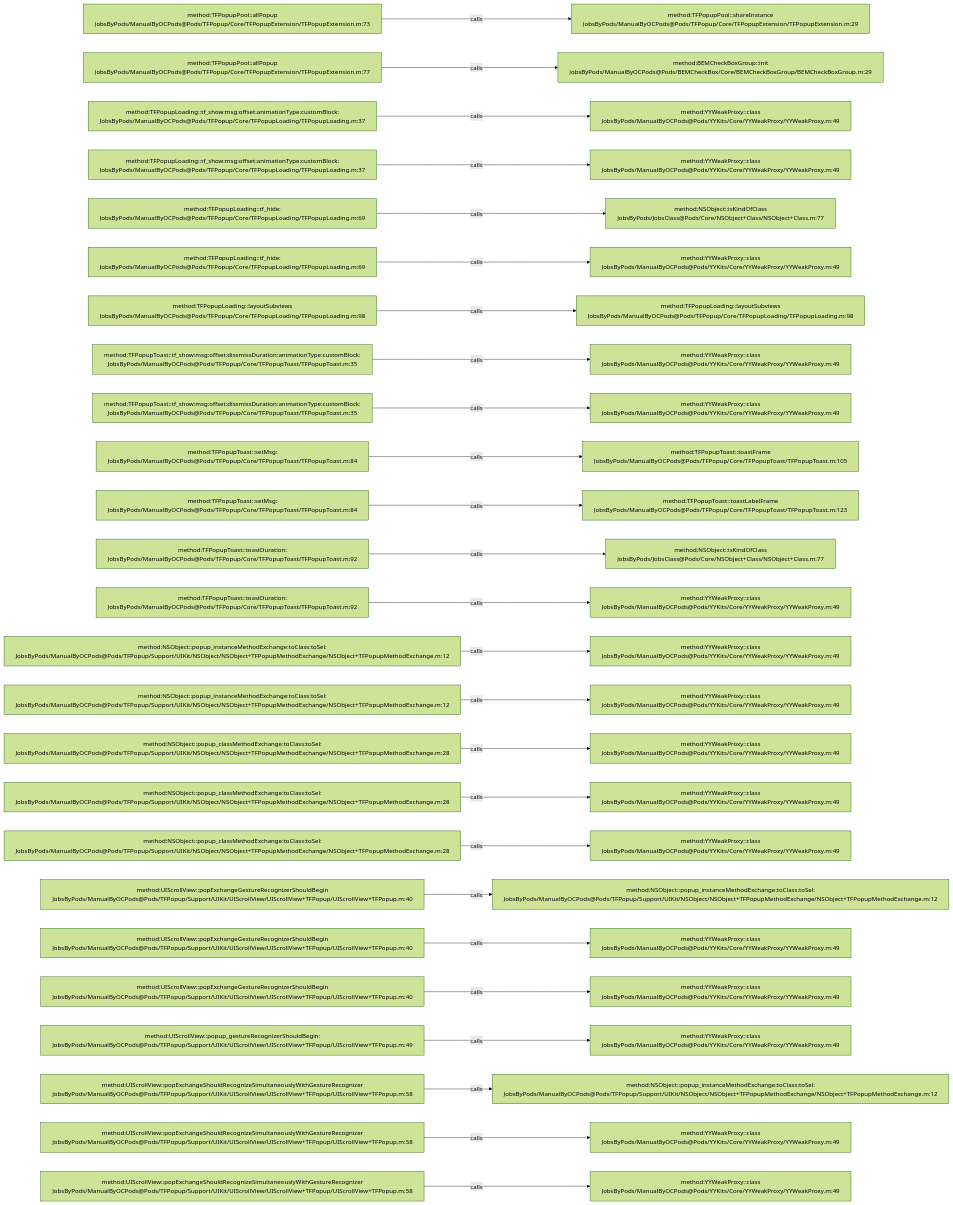
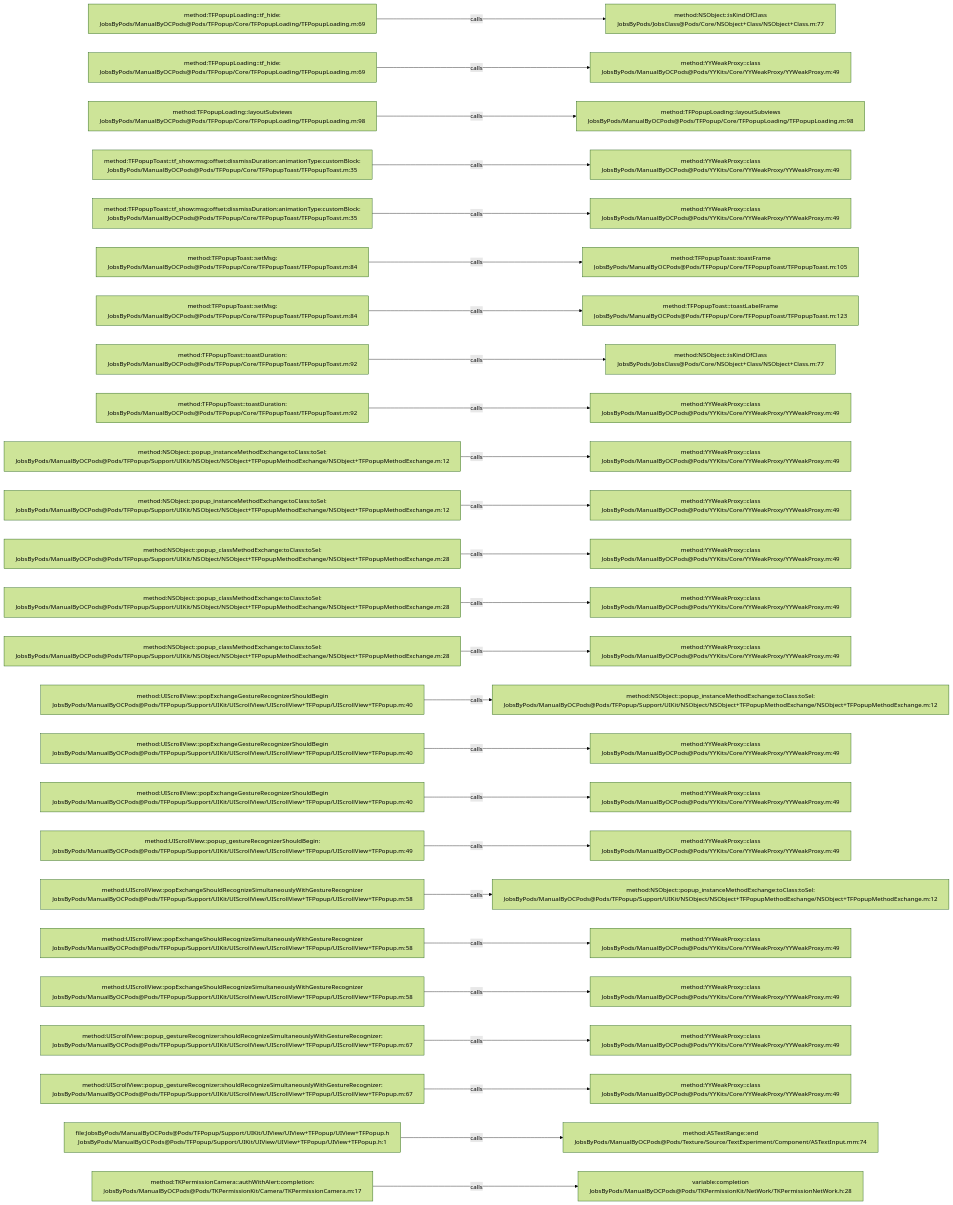
One commit to JobsKits/JobsOCBaseConfigDemo changed the diagram in .codegraph/codegraph.md/graphs/calls-067.md. Above: the diagram before and after it, drawn with Mermaid (forest theme). The commit also changed 727 other files, not shown here.

````diff
--- a/.codegraph/codegraph.md/graphs/calls-067.md
+++ b/.codegraph/codegraph.md/graphs/calls-067.md
@@ -13,78 +13,78 @@
 ```mermaid
 flowchart LR
-  S1["method:TFPopupPool::allPopup<br/>JobsByPods/ManualByOCPods@Pods/TFPopup/Core/TFPopupExtension/TFPopupExtension.m:73"]
-  T1["method:TFPopupPool::shareInstance<br/>JobsByPods/ManualByOCPods@Pods/TFPopup/Core/TFPopupExtension/TFPopupExtension.m:29"]
+  S1["method:TFPopupLoading::tf_hide:<br/>JobsByPods/ManualByOCPods@Pods/TFPopup/Core/TFPopupLoading/TFPopupLoading.m:69"]
+  T1["method:NSObject::isKindOfClass<br/>JobsByPods/JobsClass@Pods/Core/NSObject+Class/NSObject+Class.m:77"]
   S1 -->|calls| T1
-  S2["method:TFPopupPool::allPopup<br/>JobsByPods/ManualByOCPods@Pods/TFPopup/Core/TFPopupExtension/TFPopupExtension.m:77"]
-  T2["method:BEMCheckBoxGroup::init<br/>JobsByPods/ManualByOCPods@Pods/BEMCheckBox/Core/BEMCheckBoxGroup/BEMCheckBoxGroup.m:29"]
+  S2["method:TFPopupLoading::tf_hide:<br/>JobsByPods/ManualByOCPods@Pods/TFPopup/Core/TFPopupLoading/TFPopupLoading.m:69"]
+  T2["method:YYWeakProxy::class<br/>JobsByPods/ManualByOCPods@Pods/YYKits/Core/YYWeakProxy/YYWeakProxy.m:49"]
   S2 -->|calls| T2
-  S3["method:TFPopupLoading::tf_show:msg:offset:animationType:customBlock:<br/>JobsByPods/ManualByOCPods@Pods/TFPopup/Core/TFPopupLoading/TFPopupLoading.m:37"]
-  T3["method:YYWeakProxy::class<br/>JobsByPods/ManualByOCPods@Pods/YYKits/Core/YYWeakProxy/YYWeakProxy.m:49"]
+  S3["method:TFPopupLoading::layoutSubviews<br/>JobsByPods/ManualByOCPods@Pods/TFPopup/Core/TFPopupLoading/TFPopupLoading.m:98"]
+  T3["method:TFPopupLoading::layoutSubviews<br/>JobsByPods/ManualByOCPods@Pods/TFPopup/Core/TFPopupLoading/TFPopupLoading.m:98"]
   S3 -->|calls| T3
-  S4["method:TFPopupLoading::tf_show:msg:offset:animationType:customBlock:<br/>JobsByPods/ManualByOCPods@Pods/TFPopup/Core/TFPopupLoading/TFPopupLoading.m:37"]
+  S4["method:TFPopupToast::tf_show:msg:offset:dissmissDuration:animationType:customBlock:<br/>JobsByPods/ManualByOCPods@Pods/TFPopup/Core/TFPopupToast/TFPopupToast.m:35"]
   T4["method:YYWeakProxy::class<br/>JobsByPods/ManualByOCPods@Pods/YYKits/Core/YYWeakProxy/YYWeakProxy.m:49"]
   S4 -->|calls| T4
-  S5["method:TFPopupLoading::tf_hide:<br/>JobsByPods/ManualByOCPods@Pods/TFPopup/Core/TFPopupLoading/TFPopupLoading.m:69"]
-  T5["method:NSObject::isKindOfClass<br/>JobsByPods/JobsClass@Pods/Core/NSObject+Class/NSObject+Class.m:77"]
+  S5["method:TFPopupToast::tf_show:msg:offset:dissmissDuration:animationType:customBlock:<br/>JobsByPods/ManualByOCPods@Pods/TFPopup/Core/TFPopupToast/TFPopupToast.m:35"]
+  T5["method:YYWeakProxy::class<br/>JobsByPods/ManualByOCPods@Pods/YYKits/Core/YYWeakProxy/YYWeakProxy.m:49"]
   S5 -->|calls| T5
-  S6["method:TFPopupLoading::tf_hide:<br/>JobsByPods/ManualByOCPods@Pods/TFPopup/Core/TFPopupLoading/TFPopupLoading.m:69"]
-  T6["method:YYWeakProxy::class<br/>JobsByPods/ManualByOCPods@Pods/YYKits/Core/YYWeakProxy/YYWeakProxy.m:49"]
+  S6["method:TFPopupToast::setMsg:<br/>JobsByPods/ManualByOCPods@Pods/TFPopup/Core/TFPopupToast/TFPopupToast.m:84"]
+  T6["method:TFPopupToast::toastFrame<br/>JobsByPods/ManualByOCPods@Pods/TFPopup/Core/TFPopupToast/TFPopupToast.m:105"]
   S6 -->|calls| T6
-  S7["method:TFPopupLoading::layoutSubviews<br/>JobsByPods/ManualByOCPods@Pods/TFPopup/Core/TFPopupLoading/TFPopupLoading.m:98"]
-  T7["method:TFPopupLoading::layoutSubviews<br/>JobsByPods/ManualByOCPods@Pods/TFPopup/Core/TFPopupLoading/TFPopupLoading.m:98"]
+  S7["method:TFPopupToast::setMsg:<br/>JobsByPods/ManualByOCPods@Pods/TFPopup/Core/TFPopupToast/TFPopupToast.m:84"]
+  T7["method:TFPopupToast::toastLabelFrame<br/>JobsByPods/ManualByOCPods@Pods/TFPopup/Core/TFPopupToast/TFPopupToast.m:123"]
   S7 -->|calls| T7
-  S8["method:TFPopupToast::tf_show:msg:offset:dissmissDuration:animationType:customBlock:<br/>JobsByPods/ManualByOCPods@Pods/TFPopup/Core/TFPopupToast/TFPopupToast.m:35"]
-  T8["method:YYWeakProxy::class<br/>JobsByPods/ManualByOCPods@Pods/YYKits/Core/YYWeakProxy/YYWeakProxy.m:49"]
+  S8["method:TFPopupToast::toastDuration:<br/>JobsByPods/ManualByOCPods@Pods/TFPopup/Core/TFPopupToast/TFPopupToast.m:92"]
+  T8["method:NSObject::isKindOfClass<br/>JobsByPods/JobsClass@Pods/Core/NSObject+Class/NSObject+Class.m:77"]
   S8 -->|calls| T8
-  S9["method:TFPopupToast::tf_show:msg:offset:dissmissDuration:animationType:customBlock:<br/>JobsByPods/ManualByOCPods@Pods/TFPopup/Core/TFPopupToast/TFPopupToast.m:35"]
+  S9["method:TFPopupToast::toastDuration:<br/>JobsByPods/ManualByOCPods@Pods/TFPopup/Core/TFPopupToast/TFPopupToast.m:92"]
   T9["method:YYWeakProxy::class<br/>JobsByPods/ManualByOCPods@Pods/YYKits/Core/YYWeakProxy/YYWeakProxy.m:49"]
   S9 -->|calls| T9
-  S10["method:TFPopupToast::setMsg:<br/>JobsByPods/ManualByOCPods@Pods/TFPopup/Core/TFPopupToast/TFPopupToast.m:84"]
-  T10["method:TFPopupToast::toastFrame<br/>JobsByPods/ManualByOCPods@Pods/TFPopup/Core/TFPopupToast/TFPopupToast.m:105"]
+  S10["method:NSObject::popup_instanceMethodExchange:toClass:toSel:<br/>JobsByPods/ManualByOCPods@Pods/TFPopup/Support/UIKit/NSObject/NSObject+TFPopupMethodExchange/NSObject+TFPopupMethodExchange.m:12"]
+  T10["method:YYWeakProxy::class<br/>JobsByPods/ManualByOCPods@Pods/YYKits/Core/YYWeakProxy/YYWeakProxy.m:49"]
   S10 -->|calls| T10
-  S11["method:TFPopupToast::setMsg:<br/>JobsByPods/ManualByOCPods@Pods/TFPopup/Core/TFPopupToast/TFPopupToast.m:84"]
-  T11["method:TFPopupToast::toastLabelFrame<br/>JobsByPods/ManualByOCPods@Pods/TFPopup/Core/TFPopupToast/TFPopupToast.m:123"]
+  S11["method:NSObject::popup_instanceMethodExchange:toClass:toSel:<br/>JobsByPods/ManualByOCPods@Pods/TFPopup/Support/UIKit/NSObject/NSObject+TFPopupMethodExchange/NSObject+TFPopupMethodExchange.m:12"]
+  T11["method:YYWeakProxy::class<br/>JobsByPods/ManualByOCPods@Pods/YYKits/Core/YYWeakProxy/YYWeakProxy.m:49"]
   S11 -->|calls| T11
-  S12["method:TFPopupToast::toastDuration:<br/>JobsByPods/ManualByOCPods@Pods/TFPopup/Core/TFPopupToast/TFPopupToast.m:92"]
-  T12["method:NSObject::isKindOfClass<br/>JobsByPods/JobsClass@Pods/Core/NSObject+Class/NSObject+Class.m:77"]
+  S12["method:NSObject::popup_classMethodExchange:toClass:toSel:<br/>JobsByPods/ManualByOCPods@Pods/TFPopup/Support/UIKit/NSObject/NSObject+TFPopupMethodExchange/NSObject+TFPopupMethodExchange.m:28"]
+  T12["method:YYWeakProxy::class<br/>JobsByPods/ManualByOCPods@Pods/YYKits/Core/YYWeakProxy/YYWeakProxy.m:49"]
   S12 -->|calls| T12
-  S13["method:TFPopupToast::toastDuration:<br/>JobsByPods/ManualByOCPods@Pods/TFPopup/Core/TFPopupToast/TFPopupToast.m:92"]
+  S13["method:NSObject::popup_classMethodExchange:toClass:toSel:<br/>JobsByPods/ManualByOCPods@Pods/TFPopup/Support/UIKit/NSObject/NSObject+TFPopupMethodExchange/NSObject+TFPopupMethodExchange.m:28"]
   T13["method:YYWeakProxy::class<br/>JobsByPods/ManualByOCPods@Pods/YYKits/Core/YYWeakProxy/YYWeakProxy.m:49"]
   S13 -->|calls| T13
-  S14["method:NSObject::popup_instanceMethodExchange:toClass:toSel:<br/>JobsByPods/ManualByOCPods@Pods/TFPopup/Support/UIKit/NSObject/NSObject+TFPopupMethodExchange/NSObject+TFPopupMethodExchange.m:12"]
+  S14["method:NSObject::popup_classMethodExchange:toClass:toSel:<br/>JobsByPods/ManualByOCPods@Pods/TFPopup/Support/UIKit/NSObject/NSObject+TFPopupMethodExchange/NSObject+TFPopupMethodExchange.m:28"]
   T14["method:YYWeakProxy::class<br/>JobsByPods/ManualByOCPods@Pods/YYKits/Core/YYWeakProxy/YYWeakProxy.m:49"]
   S14 -->|calls| T14
-  S15["method:NSObject::popup_instanceMethodExchange:toClass:toSel:<br/>JobsByPods/ManualByOCPods@Pods/TFPopup/Support/UIKit/NSObject/NSObject+TFPopupMethodExchange/NSObject+TFPopupMethodExchange.m:12"]
-  T15["method:YYWeakProxy::class<br/>JobsByPods/ManualByOCPods@Pods/YYKits/Core/YYWeakProxy/YYWeakProxy.m:49"]
+  S15["method:UIScrollView::popExchangeGestureRecognizerShouldBegin<br/>JobsByPods/ManualByOCPods@Pods/TFPopup/Support/UIKit/UIScrollView/UIScrollView+TFPopup/UIScrollView+TFPopup.m:40"]
+  T15["method:NSObject::popup_instanceMethodExchange:toClass:toSel:<br/>JobsByPods/ManualByOCPods@Pods/TFPopup/Support/UIKit/NSObject/NSObject+TFPopupMethodExchange/NSObject+TFPopupMethodExchange.m:12"]
   S15 -->|calls| T15
-  S16["method:NSObject::popup_classMethodExchange:toClass:toSel:<br/>JobsByPods/ManualByOCPods@Pods/TFPopup/Support/UIKit/NSObject/NSObject+TFPopupMethodExchange/NSObject+TFPopupMethodExchange.m:28"]
+  S16["method:UIScrollView::popExchangeGestureRecognizerShouldBegin<br/>JobsByPods/ManualByOCPods@Pods/TFPopup/Support/UIKit/UIScrollView/UIScrollView+TFPopup/UIScrollView+TFPopup.m:40"]
   T16["method:YYWeakProxy::class<br/>JobsByPods/ManualByOCPods@Pods/YYKits/Core/YYWeakProxy/YYWeakProxy.m:49"]
   S16 -->|calls| T16
-  S17["method:NSObject::popup_classMethodExchange:toClass:toSel:<br/>JobsByPods/ManualByOCPods@Pods/TFPopup/Support/UIKit/NSObject/NSObject+TFPopupMethodExchange/NSObject+TFPopupMethodExchange.m:28"]
+  S17["method:UIScrollView::popExchangeGestureRecognizerShouldBegin<br/>JobsByPods/ManualByOCPods@Pods/TFPopup/Support/UIKit/UIScrollView/UIScrollView+TFPopup/UIScrollView+TFPopup.m:40"]
   T17["method:YYWeakProxy::class<br/>JobsByPods/ManualByOCPods@Pods/YYKits/Core/YYWeakProxy/YYWeakProxy.m:49"]
   S17 -->|calls| T17
-  S18["method:NSObject::popup_classMethodExchange:toClass:toSel:<br/>JobsByPods/ManualByOCPods@Pods/TFPopup/Support/UIKit/NSObject/NSObject+TFPopupMethodExchange/NSObject+TFPopupMethodExchange.m:28"]
+  S18["method:UIScrollView::popup_gestureRecognizerShouldBegin:<br/>JobsByPods/ManualByOCPods@Pods/TFPopup/Support/UIKit/UIScrollView/UIScrollView+TFPopup/UIScrollView+TFPopup.m:49"]
   T18["method:YYWeakProxy::class<br/>JobsByPods/ManualByOCPods@Pods/YYKits/Core/YYWeakProxy/YYWeakProxy.m:49"]
   S18 -->|calls| T18
-  S19["method:UIScrollView::popExchangeGestureRecognizerShouldBegin<br/>JobsByPods/ManualByOCPods@Pods/TFPopup/Support/UIKit/UIScrollView/UIScrollView+TFPopup/UIScrollView+TFPopup.m:40"]
+  S19["method:UIScrollView::popExchangeShouldRecognizeSimultaneouslyWithGestureRecognizer<br/>JobsByPods/ManualByOCPods@Pods/TFPopup/Support/UIKit/UIScrollView/UIScrollView+TFPopup/UIScrollView+TFPopup.m:58"]
   T19["method:NSObject::popup_instanceMethodExchange:toClass:toSel:<br/>JobsByPods/ManualByOCPods@Pods/TFPopup/Support/UIKit/NSObject/NSObject+TFPopupMethodExchange/NSObject+TFPopupMethodExchange.m:12"]
   S19 -->|calls| T19
-  S20["method:UIScrollView::popExchangeGestureRecognizerShouldBegin<br/>JobsByPods/ManualByOCPods@Pods/TFPopup/Support/UIKit/UIScrollView/UIScrollView+TFPopup/UIScrollView+TFPopup.m:40"]
+  S20["method:UIScrollView::popExchangeShouldRecognizeSimultaneouslyWithGestureRecognizer<br/>JobsByPods/ManualByOCPods@Pods/TFPopup/Support/UIKit/UIScrollView/UIScrollView+TFPopup/UIScrollView+TFPopup.m:58"]
   T20["method:YYWeakProxy::class<br/>JobsByPods/ManualByOCPods@Pods/YYKits/Core/YYWeakProxy/YYWeakProxy.m:49"]
   S20 -->|calls| T20
-  S21["method:UIScrollView::popExchangeGestureRecognizerShouldBegin<br/>JobsByPods/ManualByOCPods@Pods/TFPopup/Support/UIKit/UIScrollView/UIScrollView+TFPopup/UIScrollView+TFPopup.m:40"]
+  S21["method:UIScrollView::popExchangeShouldRecognizeSimultaneouslyWithGestureRecognizer<br/>JobsByPods/ManualByOCPods@Pods/TFPopup/Support/UIKit/UIScrollView/UIScrollView+TFPopup/UIScrollView+TFPopup.m:58"]
   T21["method:YYWeakProxy::class<br/>JobsByPods/ManualByOCPods@Pods/YYKits/Core/YYWeakProxy/YYWeakProxy.m:49"]
   S21 -->|calls| T21
-  S22["method:UIScrollView::popup_gestureRecognizerShouldBegin:<br/>JobsByPods/ManualByOCPods@Pods/TFPopup/Support/UIKit/UIScrollView/UIScrollView+TFPopup/UIScrollView+TFPopup.m:49"]
+  S22["method:UIScrollView::popup_gestureRecognizer:shouldRecognizeSimultaneouslyWithGestureRecognizer:<br/>JobsByPods/ManualByOCPods@Pods/TFPopup/Support/UIKit/UIScrollView/UIScrollView+TFPopup/UIScrollView+TFPopup.m:67"]
   T22["method:YYWeakProxy::class<br/>JobsByPods/ManualByOCPods@Pods/YYKits/Core/YYWeakProxy/YYWeakProxy.m:49"]
   S22 -->|calls| T22
-  S23["method:UIScrollView::popExchangeShouldRecognizeSimultaneouslyWithGestureRecognizer<br/>JobsByPods/ManualByOCPods@Pods/TFPopup/Support/UIKit/UIScrollView/UIScrollView+TFPopup/UIScrollView+TFPopup.m:58"]
-  T23["method:NSObject::popup_instanceMethodExchange:toClass:toSel:<br/>JobsByPods/ManualByOCPods@Pods/TFPopup/Support/UIKit/NSObject/NSObject+TFPopupMethodExchange/NSObject+TFPopupMethodExchange.m:12"]
+  S23["method:UIScrollView::popup_gestureRecognizer:shouldRecognizeSimultaneouslyWithGestureRecognizer:<br/>JobsByPods/ManualByOCPods@Pods/TFPopup/Support/UIKit/UIScrollView/UIScrollView+TFPopup/UIScrollView+TFPopup.m:67"]
+  T23["method:YYWeakProxy::class<br/>JobsByPods/ManualByOCPods@Pods/YYKits/Core/YYWeakProxy/YYWeakProxy.m:49"]
   S23 -->|calls| T23
-  S24["method:UIScrollView::popExchangeShouldRecognizeSimultaneouslyWithGestureRecognizer<br/>JobsByPods/ManualByOCPods@Pods/TFPopup/Support/UIKit/UIScrollView/UIScrollView+TFPopup/UIScrollView+TFPopup.m:58"]
-  T24["method:YYWeakProxy::class<br/>JobsByPods/ManualByOCPods@Pods/YYKits/Core/YYWeakProxy/YYWeakProxy.m:49"]
+  S24["file:JobsByPods/ManualByOCPods@Pods/TFPopup/Support/UIKit/UIView/UIView+TFPopup/UIView+TFPopup.h<br/>JobsByPods/ManualByOCPods@Pods/TFPopup/Support/UIKit/UIView/UIView+TFPopup/UIView+TFPopup.h:1"]
+  T24["method:ASTextRange::end<br/>JobsByPods/ManualByOCPods@Pods/Texture/Source/TextExperiment/Component/ASTextInput.mm:74"]
   S24 -->|calls| T24
-  S25["method:UIScrollView::popExchangeShouldRecognizeSimultaneouslyWithGestureRecognizer<br/>JobsByPods/ManualByOCPods@Pods/TFPopup/Support/UIKit/UIScrollView/UIScrollView+TFPopup/UIScrollView+TFPopup.m:58"]
-  T25["method:YYWeakProxy::class<br/>JobsByPods/ManualByOCPods@Pods/YYKits/Core/YYWeakProxy/YYWeakProxy.m:49"]
+  S25["method:TKPermissionCamera::authWithAlert:completion:<br/>JobsByPods/ManualByOCPods@Pods/TKPermissionKit/Camera/TKPermissionCamera.m:17"]
+  T25["variable:completion<br/>JobsByPods/ManualByOCPods@Pods/TKPermissionKit/NetWork/TKPermissionNetWork.h:28"]
   S25 -->|calls| T25
 ```
````
